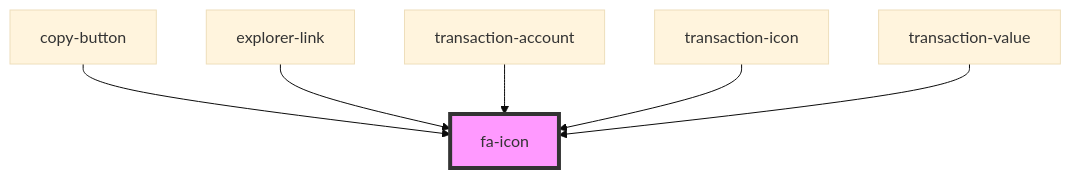
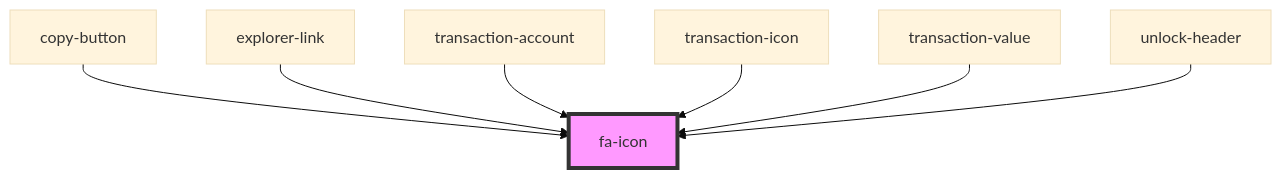
One commit to multiversx/mx-sdk-dapp-ui changed the diagram in src/components/visual/fa-icon/readme.md. Above: the diagram before and after it, drawn with Mermaid (base theme). The commit also changed other lines of this file and 33 other files, not shown here.

````diff
--- a/src/components/visual/fa-icon/readme.md
+++ b/src/components/visual/fa-icon/readme.md
@@ -28,9 +27,10 @@
 ```mermaid
 graph TD;
   copy-button --> fa-icon
   explorer-link --> fa-icon
   transaction-account --> fa-icon
   transaction-icon --> fa-icon
   transaction-value --> fa-icon
+  unlock-header --> fa-icon
   style fa-icon fill:#f9f,stroke:#333,stroke-width:4px
 ```
````
